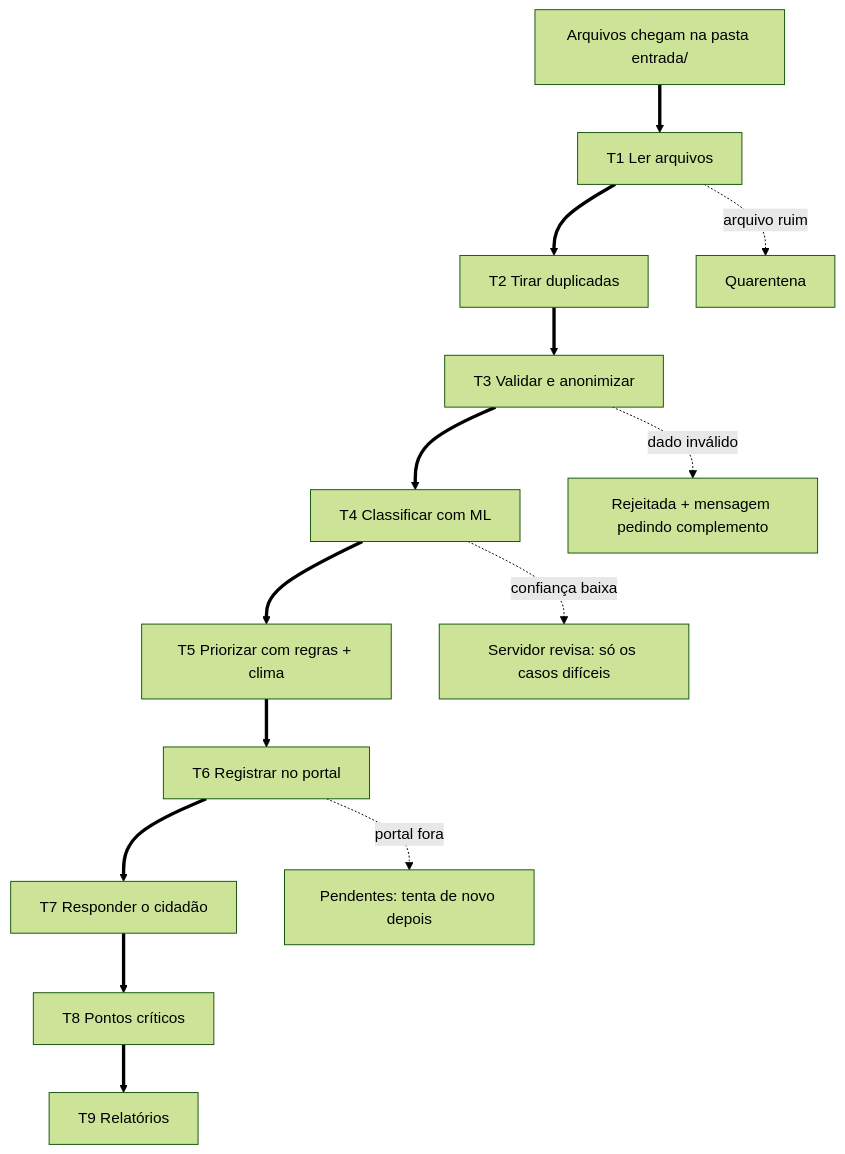
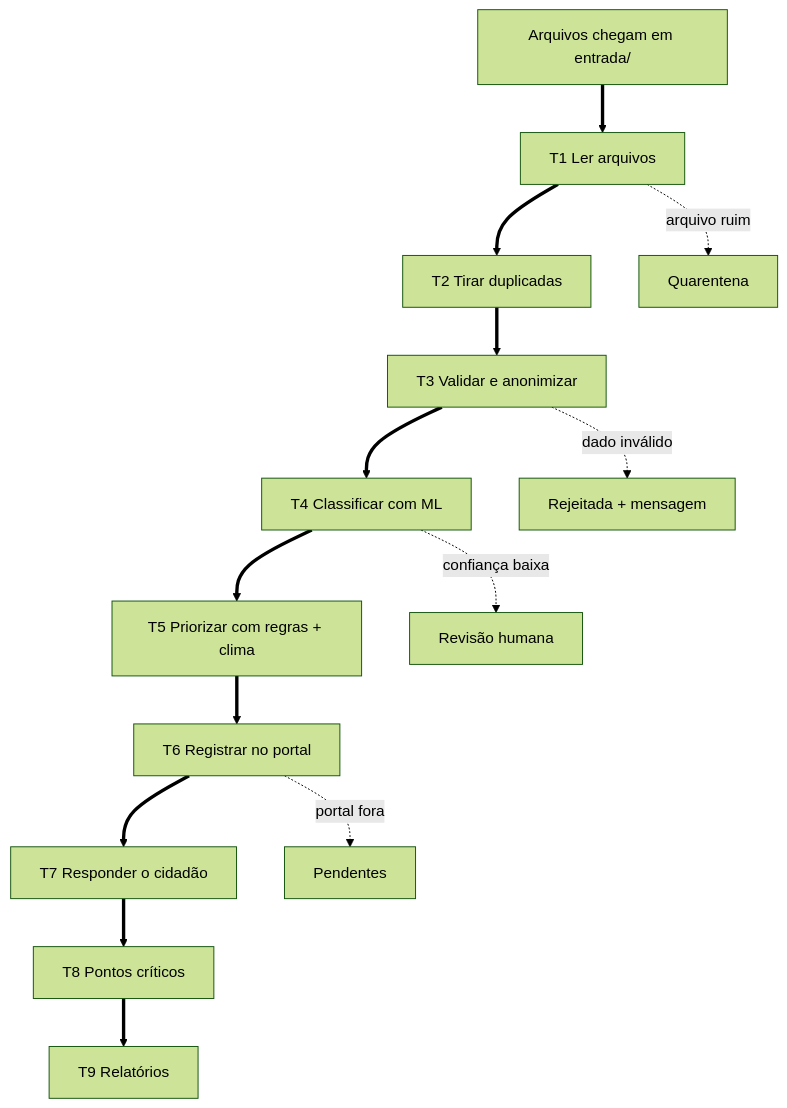
One commit to cacjr/zelabot changed the second of 2 diagrams in docs/processo_as_is_to_be.md. Above: the diagram before and after it, drawn with Mermaid (forest theme). The commit also changed other lines of this file and 4 other files, not shown here.

````diff
--- a/docs/processo_as_is_to_be.md
+++ b/docs/processo_as_is_to_be.md
@@ -41,16 +40,16 @@
 ```mermaid
 flowchart TD
-    A[Arquivos chegam na pasta entrada/] ==> T1[T1 Ler arquivos]
+    A[Arquivos chegam em entrada/] ==> T1[T1 Ler arquivos]
     T1 ==> T2[T2 Tirar duplicadas]
     T2 ==> T3[T3 Validar e anonimizar]
     T3 ==> T4[T4 Classificar com ML]
     T4 ==> T5[T5 Priorizar com regras + clima]
     T5 ==> T6[T6 Registrar no portal]
     T6 ==> T7[T7 Responder o cidadão]
     T7 ==> T8[T8 Pontos críticos]
     T8 ==> T9[T9 Relatórios]
     T1 -. arquivo ruim .-> Q[Quarentena]
-    T3 -. dado inválido .-> R[Rejeitada + mensagem pedindo complemento]
-    T4 -. confiança baixa .-> H[Servidor revisa: só os casos difíceis]
-    T6 -. portal fora .-> P[Pendentes: tenta de novo depois]
+    T3 -. dado inválido .-> R[Rejeitada + mensagem]
+    T4 -. confiança baixa .-> H[Revisão humana]
+    T6 -. portal fora .-> P[Pendentes]
 ```
````
